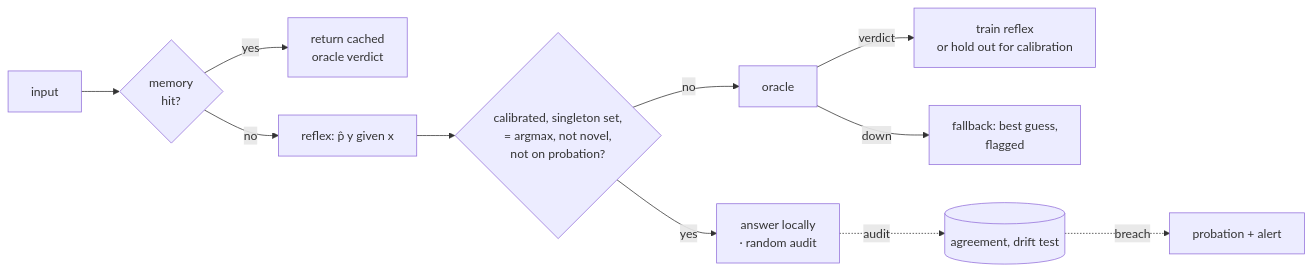
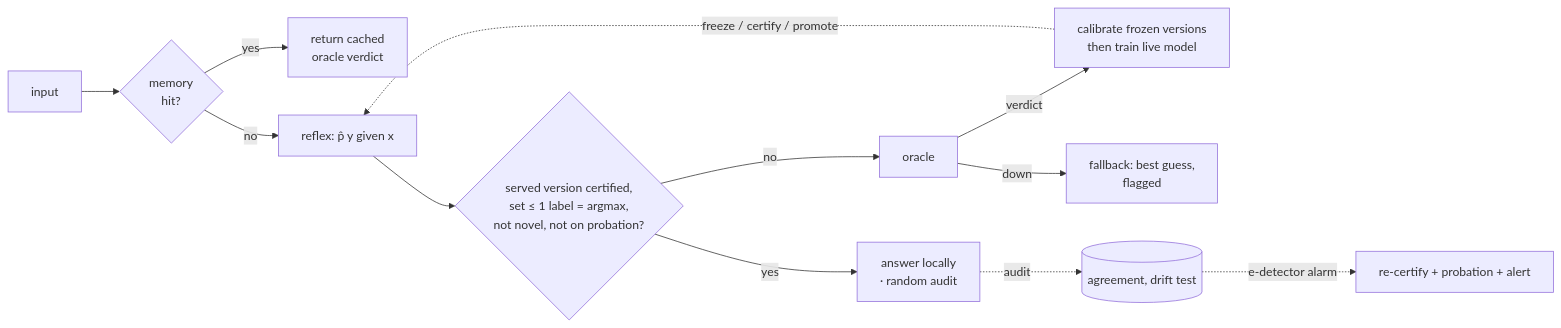
One commit to zencefilefendi/kadi changed the diagram in README.md. Above: the diagram before and after it, drawn with Mermaid. The commit also changed other lines of this file and 30 other files, not shown here.

````diff
--- a/README.md
+++ b/README.md
@@ -37,13 +39,14 @@
 ```mermaid
 flowchart LR
     X[input] --> M{memory<br/>hit?}
     M -- yes --> R1[return cached<br/>oracle verdict]
     M -- no --> P[reflex: p̂ y given x]
-    P --> C{calibrated, singleton set,<br/>= argmax, not novel,<br/>not on probation?}
+    P --> C{served version certified,<br/>set ≤ 1 label = argmax,<br/>not novel, not on probation?}
     C -- yes --> L[answer locally<br/>· random audit]
     C -- no --> O[oracle]
-    O -- verdict --> T[train reflex<br/>or hold out for calibration]
+    O -- verdict --> T[calibrate frozen versions<br/>then train live model]
     O -- down --> F[fallback: best guess,<br/>flagged]
     L -. audit .-> A[(agreement, drift test)]
-    A -. breach .-> B[probation + alert]
+    A -. e-detector alarm .-> B[re-certify + probation + alert]
+    T -. freeze / certify / promote .-> P
 ```
````
